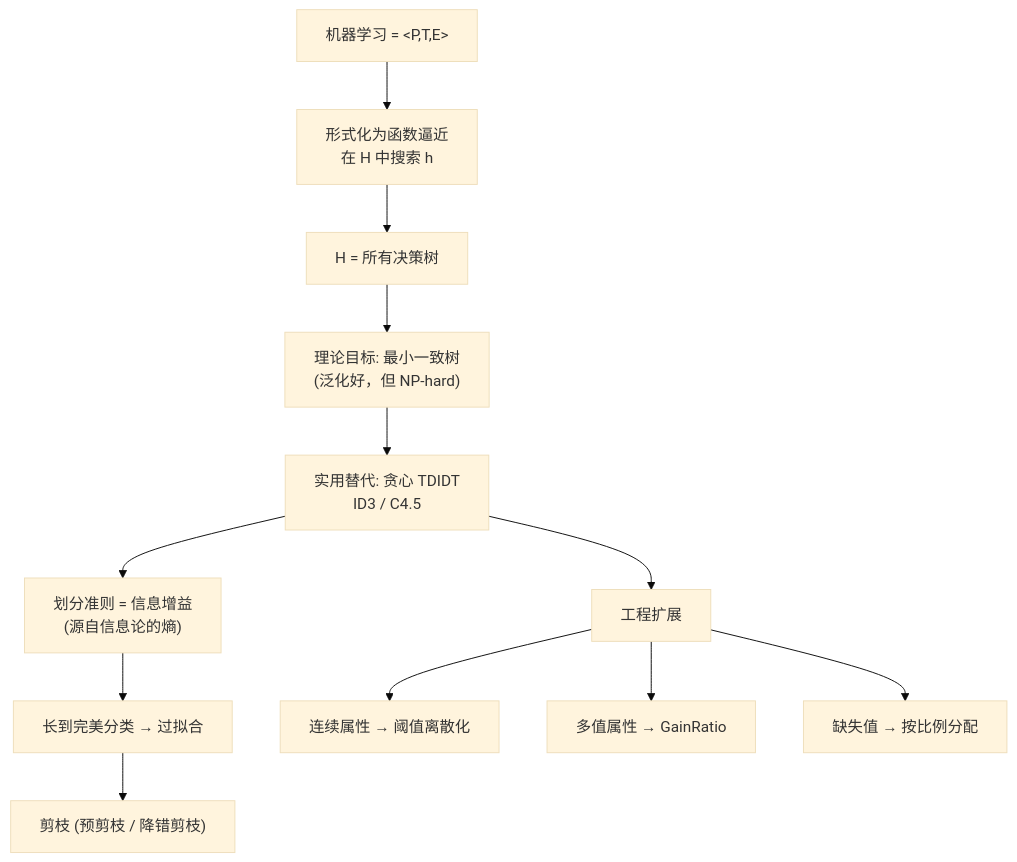
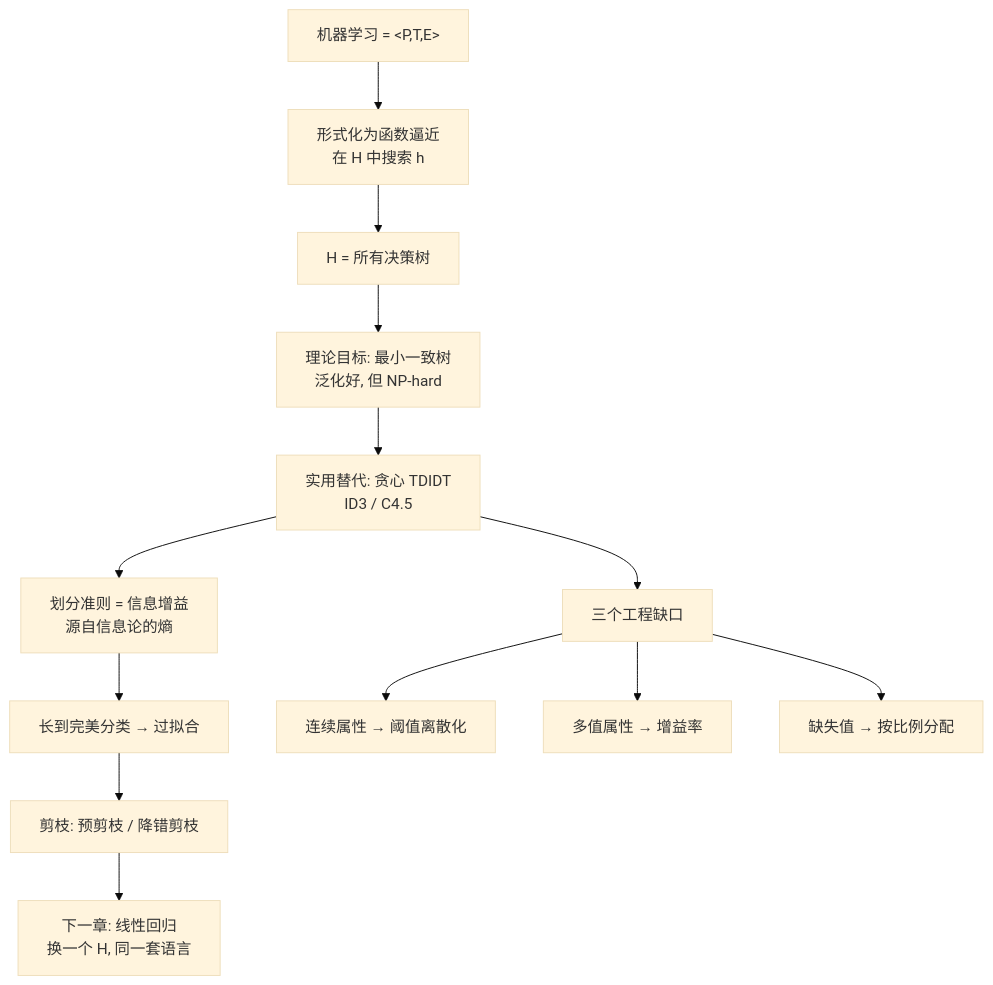
Before and after one commit to KayeAdams515/ClaudeNotes: the third of 3 diagrams in 机器学习/C1.5 学习理论视角与决策树扩展.md, drawn with Mermaid (base theme). The commit also changed other lines of this file and 777 other files, not shown here.

````diff
--- a/机器学习/C1.5 学习理论视角与决策树扩展.md
+++ b/机器学习/C1.5 学习理论视角与决策树扩展.md
@@ -240,14 +417,15 @@
 ```mermaid
 flowchart TD
     A["机器学习 = &lt;P,T,E&gt;"] --> B["形式化为函数逼近<br/>在 H 中搜索 h"]
     B --> C["H = 所有决策树"]
-    C --> D["理论目标: 最小一致树<br/>(泛化好，但 NP-hard)"]
+    C --> D["理论目标: 最小一致树<br/>泛化好, 但 NP-hard"]
     D --> E["实用替代: 贪心 TDIDT<br/>ID3 / C4.5"]
-    E --> F["划分准则 = 信息增益<br/>(源自信息论的熵)"]
+    E --> F["划分准则 = 信息增益<br/>源自信息论的熵"]
     F --> G["长到完美分类 → 过拟合"]
-    G --> H["剪枝 (预剪枝 / 降错剪枝)"]
-    E --> I["工程扩展"]
-    I --> I1[连续属性 → 阈值离散化]
-    I --> I2["多值属性 → GainRatio"]
-    I --> I3[缺失值 → 按比例分配]
+    G --> H["剪枝: 预剪枝 / 降错剪枝"]
+    E --> I["三个工程缺口"]
+    I --> I1["连续属性 → 阈值离散化"]
+    I --> I2["多值属性 → 增益率"]
+    I --> I3["缺失值 → 按比例分配"]
+    H --> J["下一章: 线性回归<br/>换一个 H, 同一套语言"]
 ```
````
